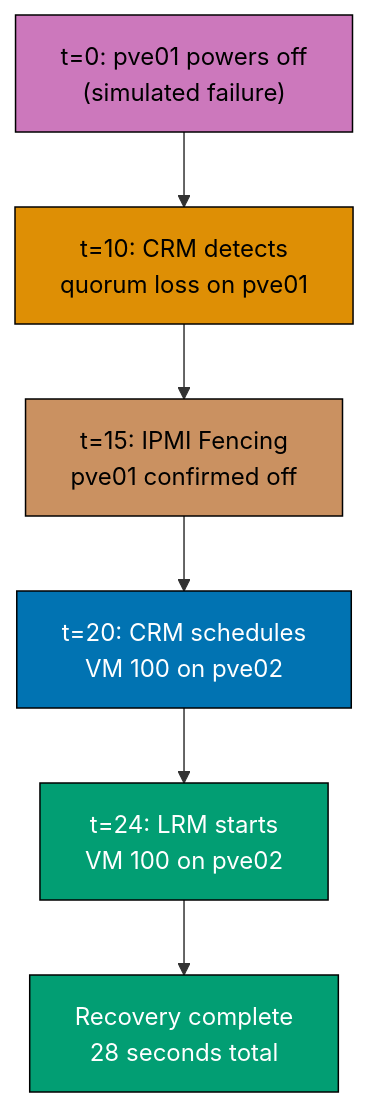
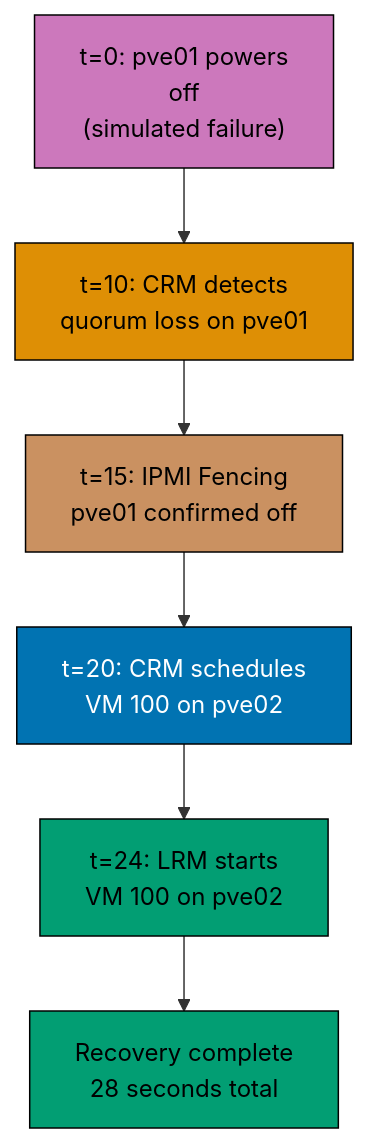
One commit to wahidyankf/ose-public changed the second of 12 diagrams in apps/ayokoding-www/content/en/learn/legacy/software-engineering/infrastructure/tools/proxmox/by-example/advanced.md. Above: the diagram before and after it, drawn with Mermaid. The commit also changed other lines of this file and 131 other files, not shown here.

First line of the commit message:
fix(mermaid): bring the legacy data, infrastructure, and testing diagrams onto the accessible palette

````diff
--- a/apps/ayokoding-www/content/en/learn/legacy/software-engineering/infrastructure/tools/proxmox/by-example/advanced.md
+++ b/apps/ayokoding-www/content/en/learn/legacy/software-engineering/infrastructure/tools/proxmox/by-example/advanced.md
@@ -143,16 +151,24 @@
 ```mermaid
 %% Color Palette: Blue #0173B2, Orange #DE8F05, Teal #029E73, Purple #CC78BC, Brown #CA9161
 graph TD
-    A["t=0: pve01 powers off<br/>(simulated failure)"] --> B["t=10: CRM detects<br/>quorum loss on pve01"]
+    accTitle: Example 60: Test HA Failover Using the HA Simulator
+    accDescr: Graph with 6 nodes and 5 connections. Nodes: t=0: pve01 powers off (simulated failure), t=10: CRM detects quorum loss on pve01, t=15: IPMI Fencing pve01 confirmed off, t=20: CRM schedules VM 100 on pve02, t=24: LRM starts VM 100 on pve02, Recovery complete 28 seconds total. Connections: t=0: pve01 powers off (simulated failure) to t=10: CRM detects quorum loss on pve01, t=10: CRM detects quorum loss on pve01 to t=15: IPMI Fencing pve01 confirmed off, t=15: IPMI Fencing pve01 confirmed off to t=20: CRM schedules VM 100 on pve02, t=20: CRM schedules VM 100 on pve02 to t=24: LRM starts VM 100 on pve02, t=24: LRM starts VM 100 on pve02 to Recovery complete 28 seconds total.
+    A["t=0: pve01 powers<br/>off<br/>(simulated failure)"] --> B["t=10: CRM detects<br/>quorum loss on pve01"]
     B --> C["t=15: IPMI Fencing<br/>pve01 confirmed off"]
     C --> D["t=20: CRM schedules<br/>VM 100 on pve02"]
     D --> E["t=24: LRM starts<br/>VM 100 on pve02"]
     E --> F["Recovery complete<br/>28 seconds total"]
 
-    style A fill:#CC78BC,color:#000,stroke:#000
-    style B fill:#DE8F05,color:#000,stroke:#000
-    style C fill:#CA9161,color:#000,stroke:#000
-    style D fill:#0173B2,color:#fff,stroke:#000
-    style E fill:#029E73,color:#fff,stroke:#000
-    style F fill:#029E73,color:#fff,stroke:#000
+    classDef pal-CC78BC fill:#CC78BC,stroke:#000000,color:#000000
+    class A pal-CC78BC
+    classDef pal-DE8F05 fill:#DE8F05,stroke:#000000,color:#000000
+    class B pal-DE8F05
+    classDef pal-CA9161 fill:#CA9161,stroke:#000000,color:#000000
+    class C pal-CA9161
+    classDef pal-0173B2 fill:#0173B2,stroke:#000000,color:#FFFFFF
+    class D pal-0173B2
+    classDef pal-029E73 fill:#029E73,stroke:#000000,color:#000000
+    class E pal-029E73
+    class F pal-029E73
+    classDef default fill:#FFFFFF,stroke:#000000,color:#000000
 ```
````
